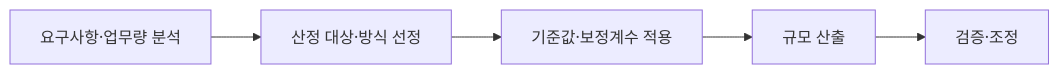
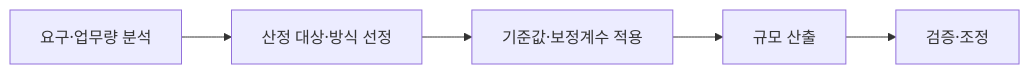
Before and after one commit to coninggu/wjdqhrhksflrltnftk: the diagram in content/hw-sizing.md, drawn with Mermaid. The commit also changed other lines of this file and 19 other files, not shown here.

````diff
--- a/content/hw-sizing.md
+++ b/content/hw-sizing.md
@@ -13,7 +17,7 @@
 ```mermaid
 flowchart LR
-  A[요구사항·업무량 분석] --> B[산정 대상·방식 선정]
+  A[요구·업무량 분석] --> B[산정 대상·방식 선정]
   B --> C[기준값·보정계수 적용]
   C --> D[규모 산출]
   D --> E[검증·조정]
 ```
````
